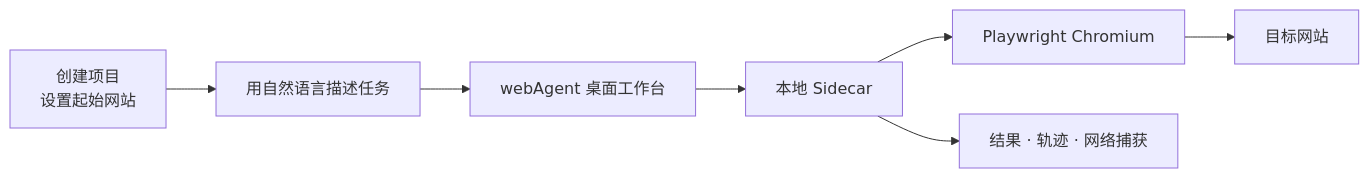
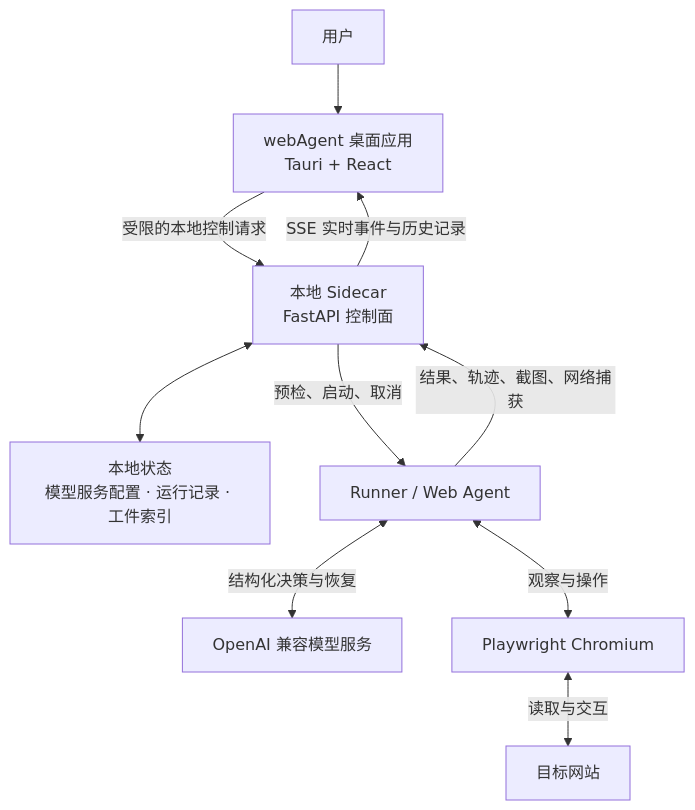
Before and after one commit to locip123/WebAgent: the diagram in README.md, drawn with Mermaid. The commit also changed other lines of this file and 3 other files, not shown here.

Commit message:
docs: document agent architecture and onboarding

````diff
--- a/README.md
+++ b/README.md
@@ -27,9 +27,12 @@
 ```mermaid
-flowchart LR
-    A[创建项目\n设置起始网站] --> B[用自然语言描述任务]
-    B --> C[webAgent 桌面工作台]
-    C --> D[本地 Sidecar]
-    D --> E[Playwright Chromium]
-    E --> F[目标网站]
-    D --> G[结果 · 轨迹 · 网络捕获]
+flowchart TB
+    U[用户] --> A[webAgent 桌面应用\nTauri + React]
+    A -->|受限的本地控制请求| S[本地 Sidecar\nFastAPI 控制面]
+    S <--> D[本地状态\n模型服务配置 · 运行记录 · 工件索引]
+    S -->|预检、启动、取消| R[Runner / Web Agent]
+    R <-->|结构化决策与恢复| M[OpenAI 兼容模型服务]
+    R <-->|观察与操作| B[Playwright Chromium]
+    B <-->|读取与交互| W[目标网站]
+    R -->|结果、轨迹、截图、网络捕获| S
+    S -->|SSE 实时事件与历史记录| A
 ```
````
